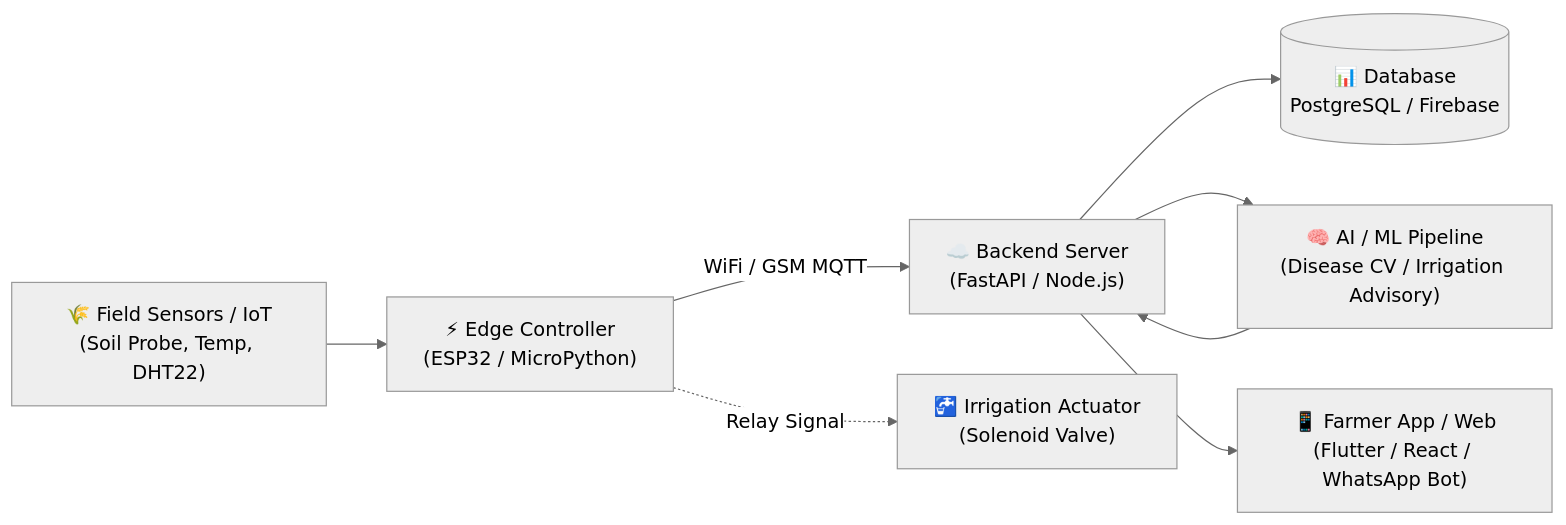
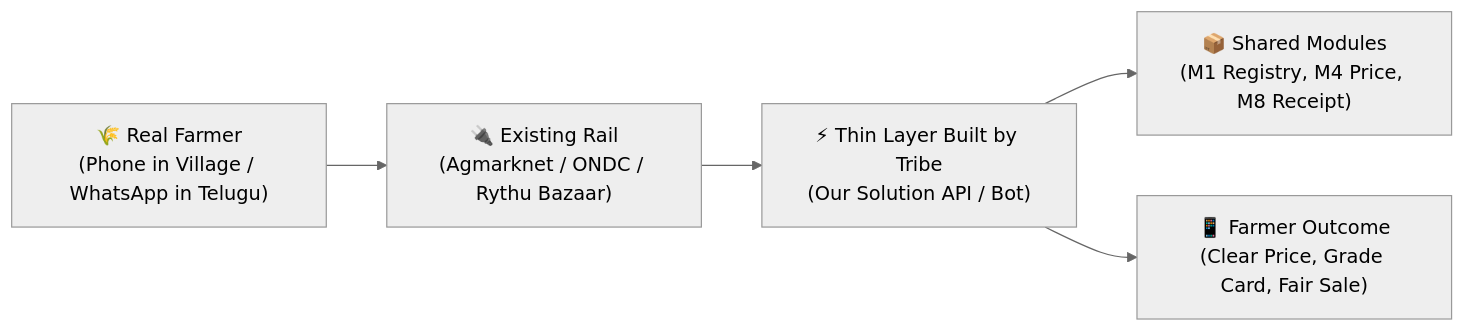
Before and after one commit to agripreneurs/agripreneurs-buildathon-template: the diagram in README.md, drawn with Mermaid (neutral theme). The commit also changed other lines of this file and 7 other files, not shown here.

````diff
--- a/README.md
+++ b/README.md
@@ -70,10 +64,7 @@
 ```mermaid
 flowchart LR
-    A["🌾 Field Sensors / IoT<br>(Soil Probe, Temp, DHT22)"] --> B["⚡ Edge Controller<br>(ESP32 / MicroPython)"]
-    B -->|WiFi / GSM MQTT| C["☁️ Backend Server<br>(FastAPI / Node.js)"]
-    C --> D[("📊 Database<br>PostgreSQL / Firebase")]
-    C --> E["🧠 AI / ML Pipeline<br>(Disease CV / Irrigation Advisory)"]
-    E --> C
-    C --> F["📱 Farmer App / Web<br>(Flutter / React / WhatsApp Bot)"]
-    B -.->|Relay Signal| G["🚰 Irrigation Actuator<br>(Solenoid Valve)"]
+    A["🌾 Real Farmer<br>(Phone in Village / WhatsApp in Telugu)"] --> B["🔌 Existing Rail<br>(Agmarknet / ONDC / Rythu Bazaar)"]
+    B --> C["⚡ Thin Layer Built by Tribe<br>(Our Solution API / Bot)"]
+    C --> D["📦 Shared Modules<br>(M1 Registry, M4 Price, M8 Receipt)"]
+    C --> E["📱 Farmer Outcome<br>(Clear Price, Grade Card, Fair Sale)"]
 ```
````
